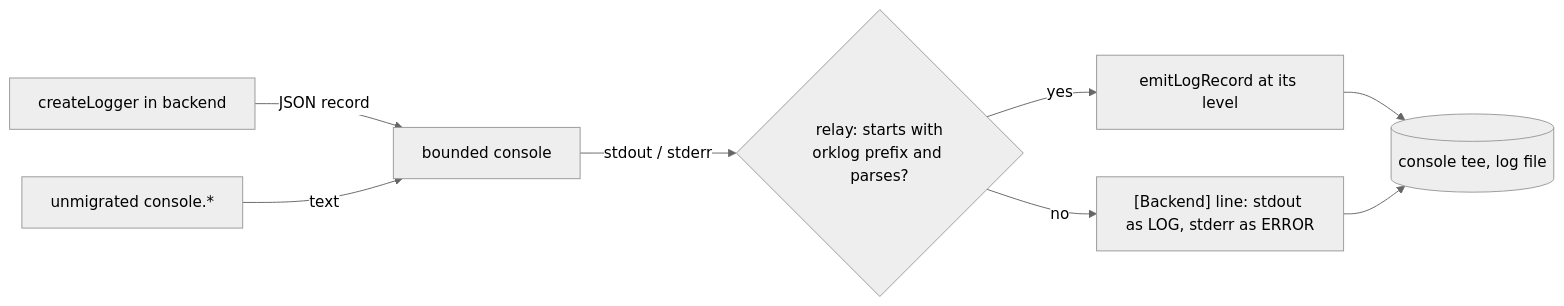
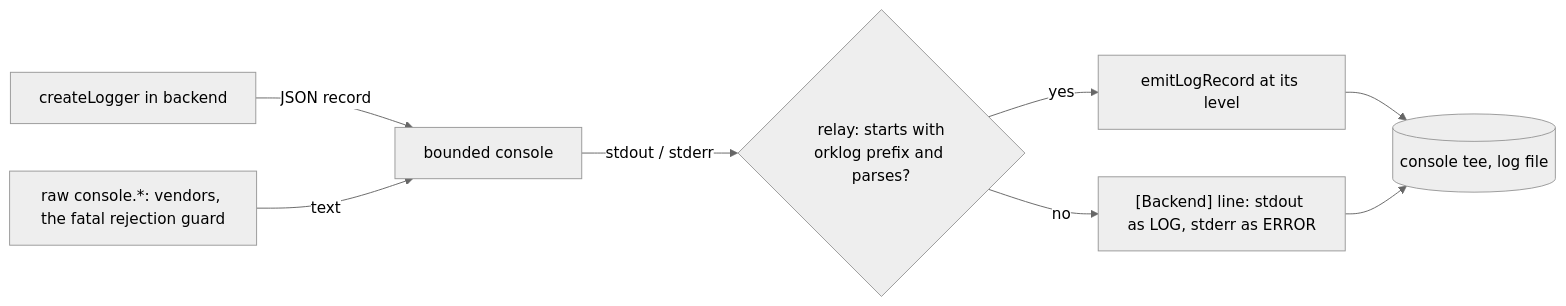
The second of 4 diagrams in docs/architecture/logging.md (orkestrator-ai/orkestrator-v2), drawn with Mermaid (neutral theme) before and after one commit. The commit also changed other lines of this file and 23 other files, not shown here.

````diff
--- a/docs/architecture/logging.md
+++ b/docs/architecture/logging.md
@@ -575,10 +582,10 @@
 ```mermaid
 flowchart LR
   L[createLogger in backend] -->|JSON record| C[bounded console]
-  U[unmigrated console.*] -->|text| C
+  U[raw console.*: vendors, the fatal rejection guard] -->|text| C
   C -->|stdout / stderr| R{relay: starts with\norklog prefix and parses?}
   R -->|yes| E[emitLogRecord at its level]
   R -->|no| P["[Backend] line: stdout as LOG, stderr as ERROR"]
   E --> F[(console tee, log file)]
   P --> F
 ```
````
